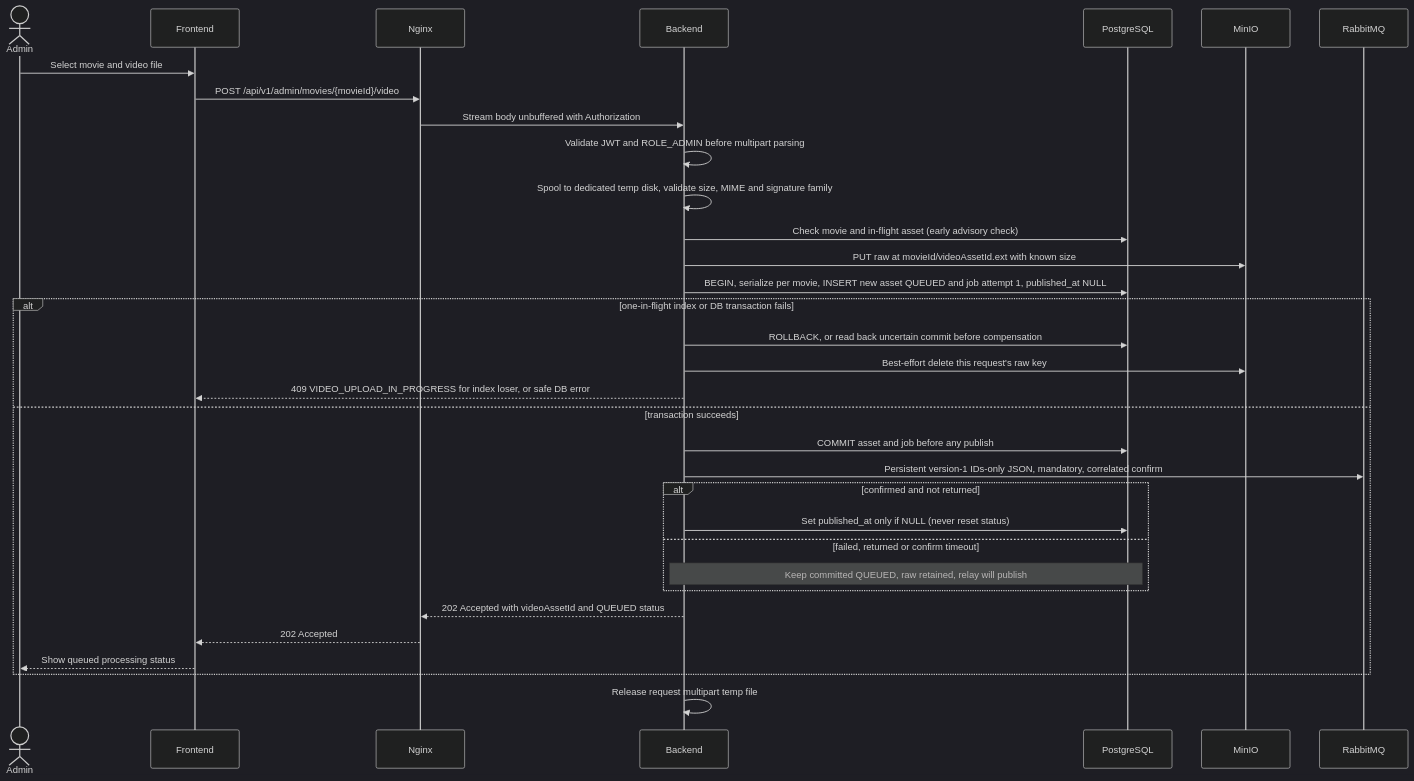
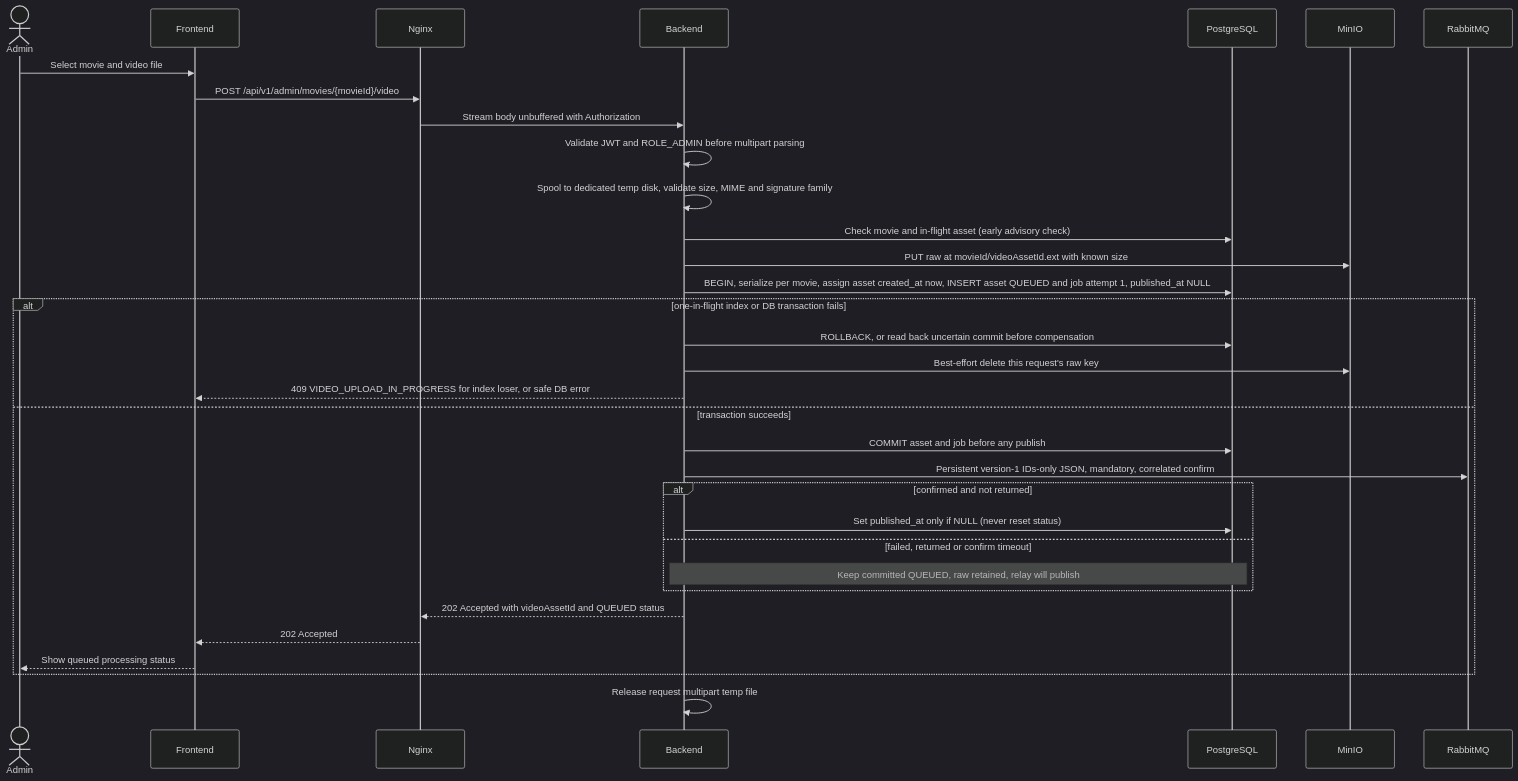
One commit to Duyphanb/Self-hosted-VoD-Platform changed the first of 9 diagrams in docs/architecture/SEQUENCE-DIAGRAMS.md. Above: the diagram before and after it, drawn with Mermaid (dark theme). The commit also changed other lines of this file and 11 other files, not shown here.

First line of the commit message:
docs(architecture): resolve sprint 4 design review findings

````diff
--- a/docs/architecture/SEQUENCE-DIAGRAMS.md
+++ b/docs/architecture/SEQUENCE-DIAGRAMS.md
@@ -9,36 +9,36 @@
 ```mermaid
 sequenceDiagram
     actor Admin
     participant Frontend
     participant Nginx
     participant Backend
     participant PostgreSQL
     participant MinIO
     participant RabbitMQ
 
     Admin->>Frontend: Select movie and video file
     Frontend->>Nginx: POST /api/v1/admin/movies/{movieId}/video
     Nginx->>Backend: Stream body unbuffered with Authorization
     Backend->>Backend: Validate JWT and ROLE_ADMIN before multipart parsing
     Backend->>Backend: Spool to dedicated temp disk, validate size, MIME and signature family
     Backend->>PostgreSQL: Check movie and in-flight asset (early advisory check)
     Backend->>MinIO: PUT raw at movieId/videoAssetId.ext with known size
-    Backend->>PostgreSQL: BEGIN, serialize per movie, INSERT new asset QUEUED and job attempt 1, published_at NULL
+    Backend->>PostgreSQL: BEGIN, serialize per movie, assign asset created_at now, INSERT asset QUEUED and job attempt 1, published_at NULL
     alt one-in-flight index or DB transaction fails
         Backend->>PostgreSQL: ROLLBACK, or read back uncertain commit before compensation
         Backend->>MinIO: Best-effort delete this request's raw key
         Backend-->>Frontend: 409 VIDEO_UPLOAD_IN_PROGRESS for index loser, or safe DB error
     else transaction succeeds
         Backend->>PostgreSQL: COMMIT asset and job before any publish
         Backend->>RabbitMQ: Persistent version-1 IDs-only JSON, mandatory, correlated confirm
         alt confirmed and not returned
             Backend->>PostgreSQL: Set published_at only if NULL (never reset status)
         else failed, returned or confirm timeout
             Note over Backend,PostgreSQL: Keep committed QUEUED, raw retained, relay will publish
         end
         Backend-->>Nginx: 202 Accepted with videoAssetId and QUEUED status
         Nginx-->>Frontend: 202 Accepted
         Frontend-->>Admin: Show queued processing status
     end
     Backend->>Backend: Release request multipart temp file
 ```
````
